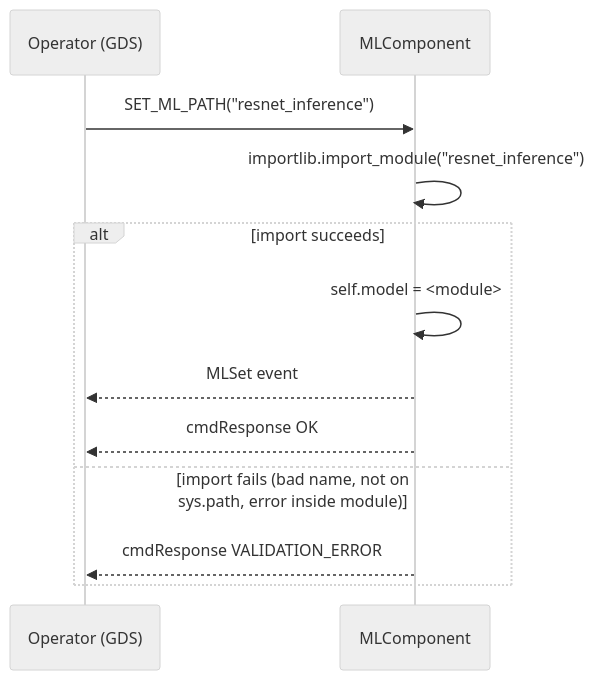
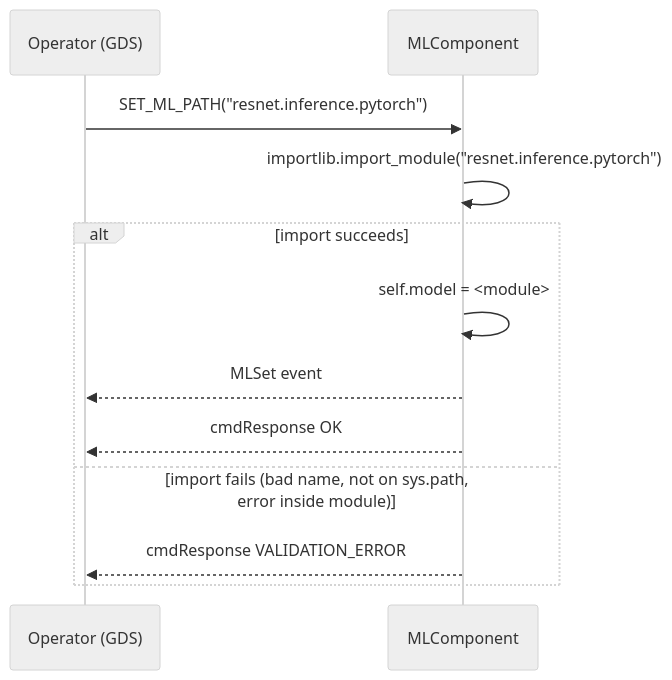
One commit to BroncoSpace-Lab/fprime-scales-ref changed the third of 4 diagrams in Components/MLComponent/docs/sdd.md. Above: the diagram before and after it, drawn with Mermaid (neutral theme). The commit also changed other lines of this file and 2 other files, not shown here.

````diff
--- a/Components/MLComponent/docs/sdd.md
+++ b/Components/MLComponent/docs/sdd.md
@@ -331,15 +361,15 @@
 ```mermaid
 sequenceDiagram
     participant Op as Operator (GDS)
     participant MLC as MLComponent
 
-    Op->>MLC: SET_ML_PATH("resnet_inference")
-    MLC->>MLC: importlib.import_module("resnet_inference")
+    Op->>MLC: SET_ML_PATH("resnet.inference.pytorch")
+    MLC->>MLC: importlib.import_module("resnet.inference.pytorch")
     alt import succeeds
         MLC->>MLC: self.model = <module>
         MLC-->>Op: MLSet event
         MLC-->>Op: cmdResponse OK
     else import fails (bad name, not on sys.path, error inside module)
         MLC-->>Op: cmdResponse VALIDATION_ERROR
     end
 ```
````
